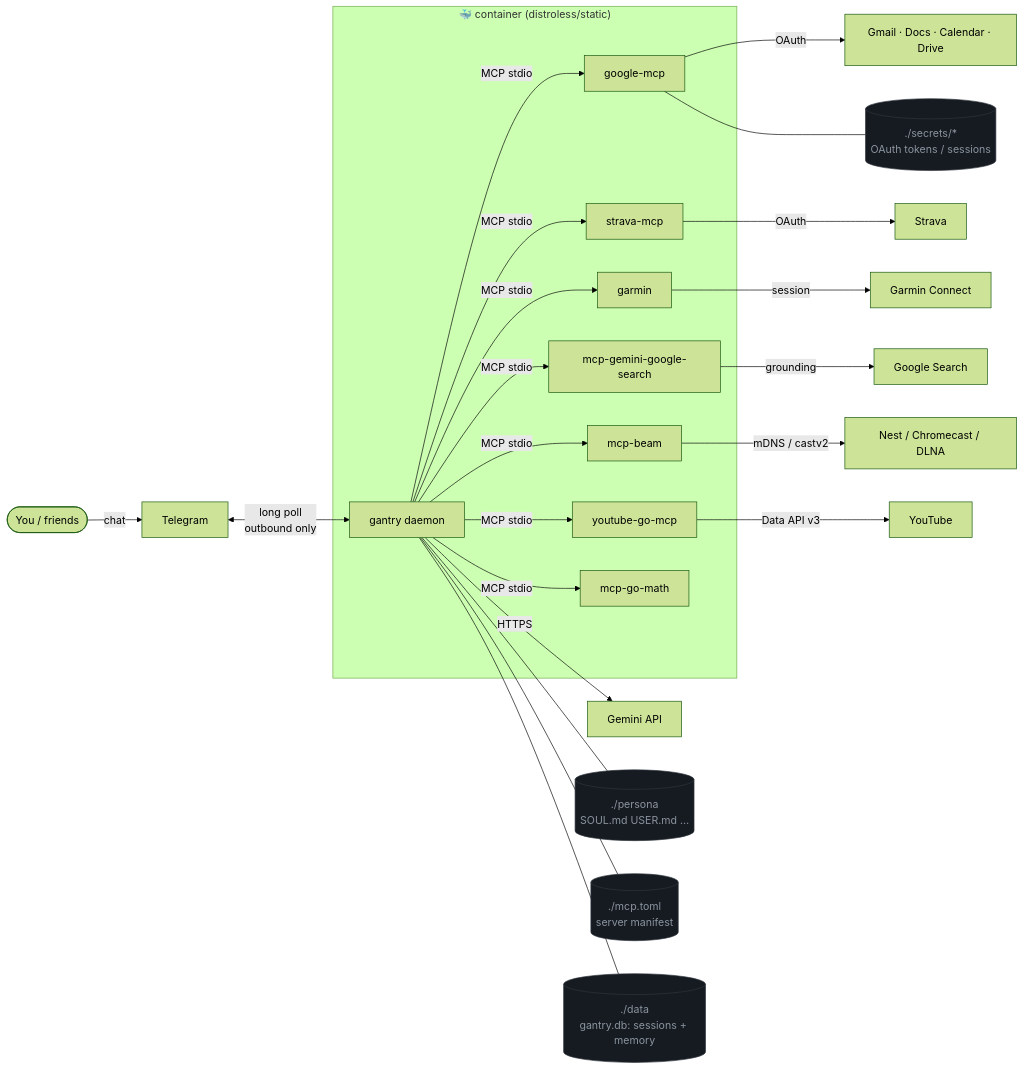
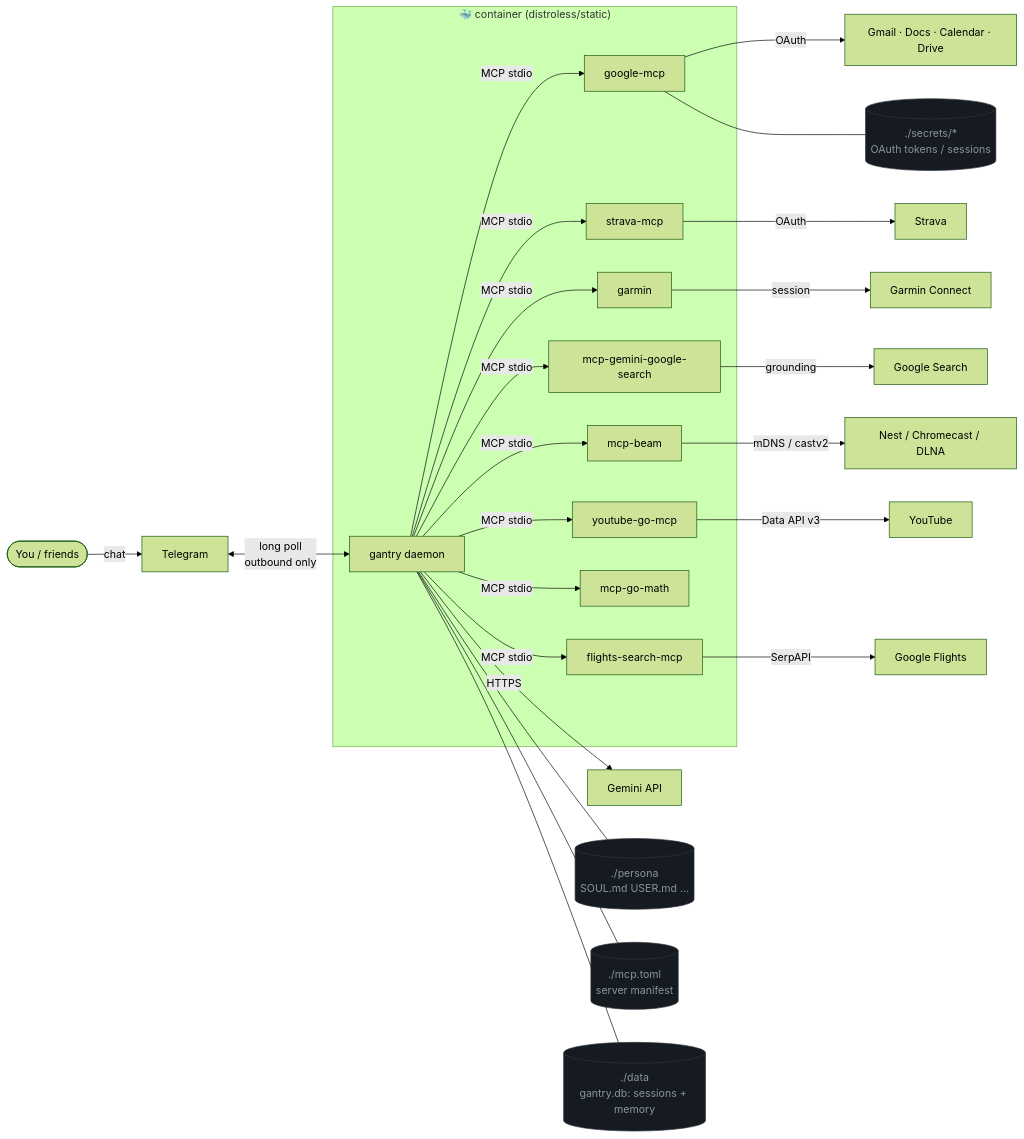
The first of 4 diagrams in local-agent/README.md (shotah/ai-gantry), drawn with Mermaid (forest theme) before and after one commit. The commit also changed other lines of this file and 24 other files, not shown here.

````diff
--- a/local-agent/README.md
+++ b/local-agent/README.md
@@ -57,39 +57,42 @@
 ```mermaid
 flowchart LR
   You([You / friends]) -->|chat| TG[Telegram]
   TG <-->|long poll<br/>outbound only| GN
 
   subgraph Host["🐳 container (distroless/static)"]
     GN[gantry daemon]
     GW[google-mcp]
     SM[strava-mcp]
     GM[garmin]
     GS[mcp-gemini-google-search]
     CM[mcp-beam]
     YM[youtube-go-mcp]
     MM[mcp-go-math]
+    FM[flights-search-mcp]
     GN -->|MCP stdio| GW
     GN -->|MCP stdio| SM
     GN -->|MCP stdio| GM
     GN -->|MCP stdio| GS
     GN -->|MCP stdio| CM
     GN -->|MCP stdio| YM
     GN -->|MCP stdio| MM
+    GN -->|MCP stdio| FM
   end
 
   GN -->|HTTPS| GEM[Gemini API]
   GW -->|OAuth| GWS[Gmail · Docs · Calendar · Drive]
   SM -->|OAuth| STV[Strava]
   GM -->|session| GC[Garmin Connect]
   GS -->|grounding| GGL[Google Search]
   CM -->|mDNS / castv2| CAST[Nest / Chromecast / DLNA]
   YM -->|Data API v3| YT[YouTube]
+  FM -->|SerpAPI| FL[Google Flights]
 
   GN --- P[("./persona<br/>SOUL.md USER.md …")]
   GN --- M[("./mcp.toml<br/>server manifest")]
   GN --- DATA[("./data<br/>gantry.db: sessions + memory")]
   GW --- SEC[("./secrets/*<br/>OAuth tokens / sessions")]
 
   classDef store fill:#161b22,stroke:#30363d,color:#8b949e;
   class P,M,DATA,SEC store;
 ```
````
